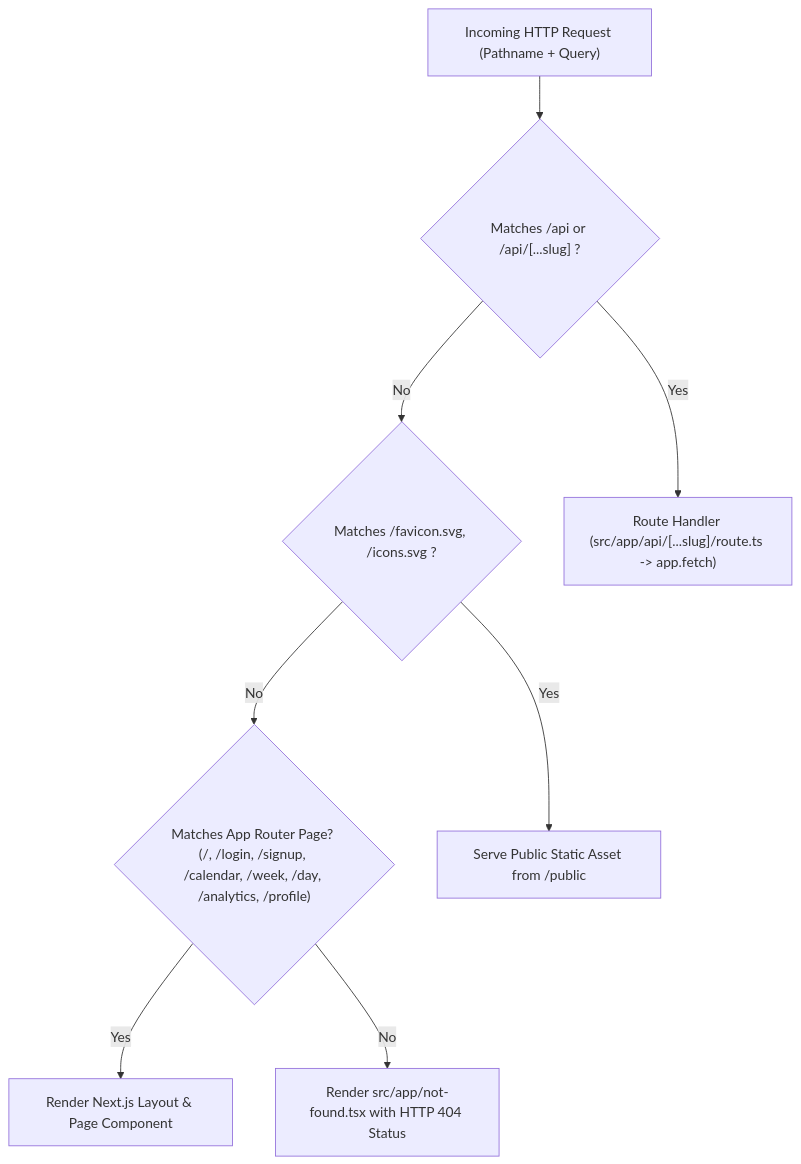
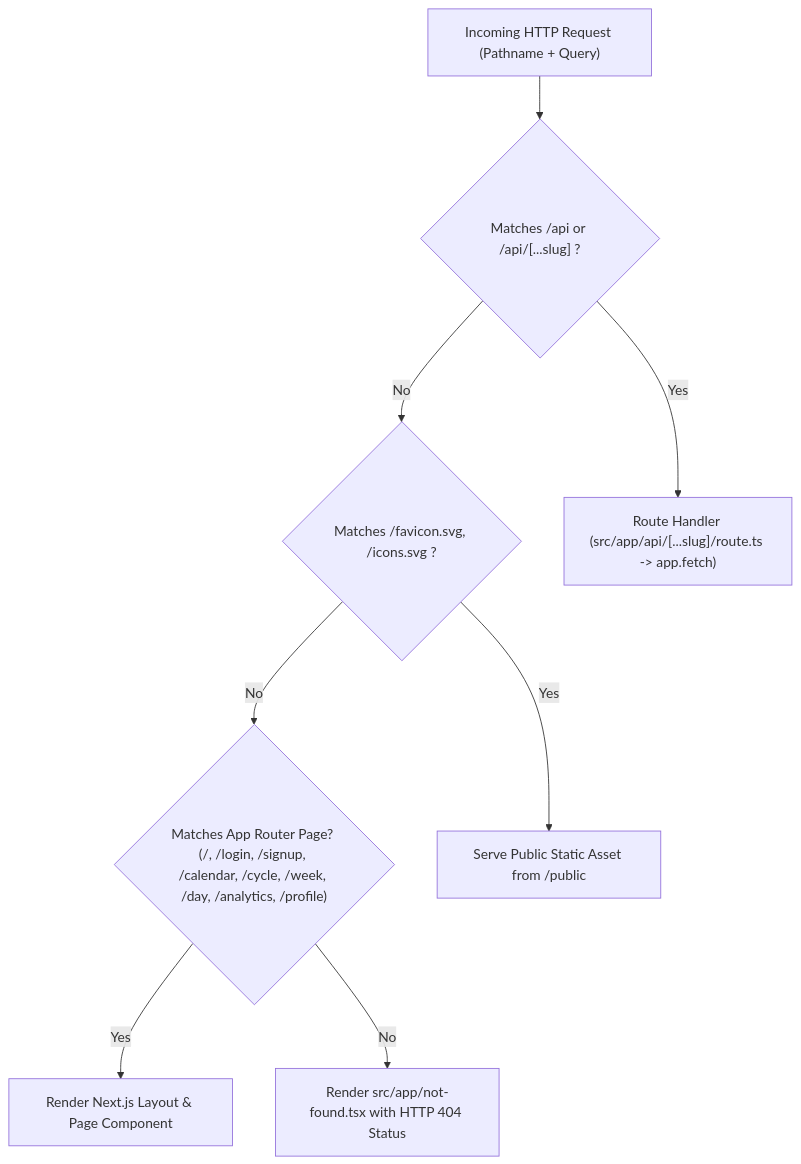
The second of 4 diagrams in docs/02-deployment-architecture.md (nnminh-sam/my_finance), drawn with Mermaid before and after one commit. The commit also changed other lines of this file and 27 other files, not shown here.

First line of the commit message:
docs: sync architecture docs with salary cycle, date-range loading, and current layout

````diff
--- a/docs/02-deployment-architecture.md
+++ b/docs/02-deployment-architecture.md
@@ -74,20 +74,20 @@
 ```mermaid
 flowchart TD
     Incoming["Incoming HTTP Request (Pathname + Query)"]
     CheckAPI{"Matches /api or /api/[...slug] ?"}
     CheckPublicAsset{"Matches /favicon.svg, /icons.svg ?"}
-    CheckAppRoute{"Matches App Router Page? (/, /login, /signup, /calendar, /week, /day, /analytics, /profile)"}
+    CheckAppRoute{"Matches App Router Page? (/, /login, /signup, /calendar, /cycle, /week, /day, /analytics, /profile)"}
 
     RouteHandler["Route Handler (src/app/api/[...slug]/route.ts -> app.fetch)"]
     StaticServe["Serve Public Static Asset from /public"]
     AppPage["Render Next.js Layout & Page Component"]
     NotFound["Render src/app/not-found.tsx with HTTP 404 Status"]
 
     Incoming --> CheckAPI
     CheckAPI -->|"Yes"| RouteHandler
     CheckAPI -->|"No"| CheckPublicAsset
     CheckPublicAsset -->|"Yes"| StaticServe
     CheckPublicAsset -->|"No"| CheckAppRoute
     CheckAppRoute -->|"Yes"| AppPage
     CheckAppRoute -->|"No"| NotFound
 ```
````
